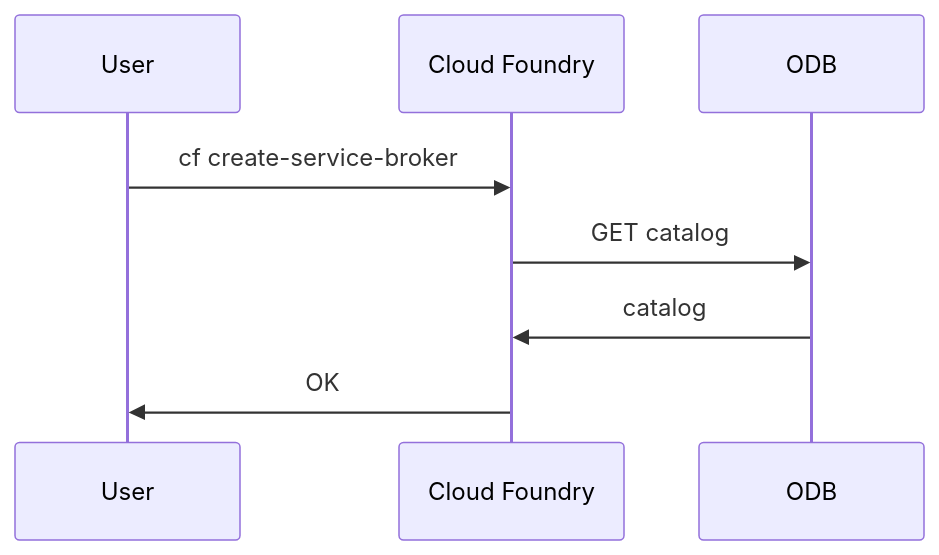
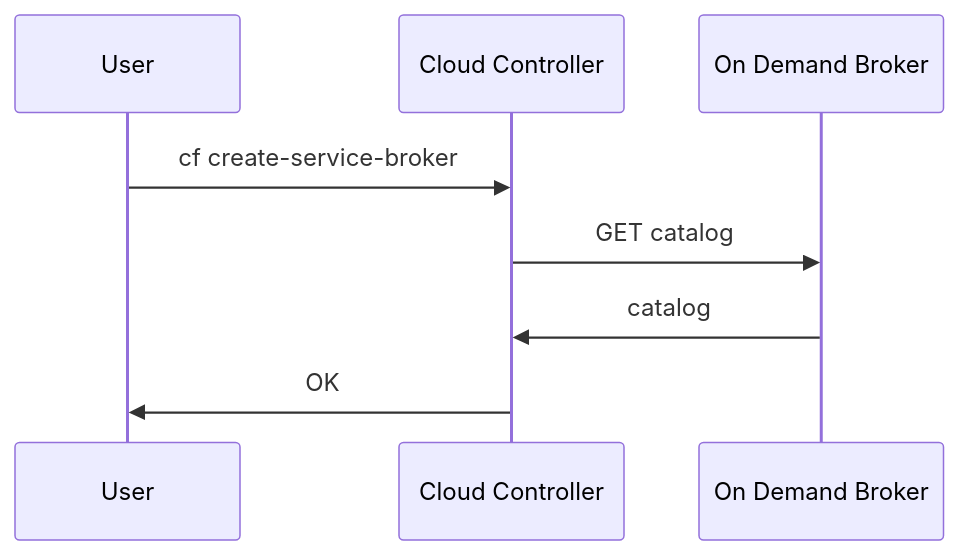
Before and after one commit to pivotal-cf/docs-on-demand-service-broker: the diagram in mmd/service_catalog_workflow.mmd, drawn with Mermaid. The commit also changed 10 other files, not shown here.

Commit message:
change  to  in sequence diagrams

```diff
--- a/mmd/service_catalog_workflow.mmd
+++ b/mmd/service_catalog_workflow.mmd
@@ -1,7 +1,7 @@
 <div class="mermaid">
 sequenceDiagram
-  User->>Cloud Foundry:cf create-service-broker
-  Cloud Foundry->>ODB:GET catalog
-  ODB->>Cloud Foundry:catalog
-  Cloud Foundry->>User:OK
+  User->>Cloud Controller:cf create-service-broker
+  Cloud Controller->>On Demand Broker:GET catalog
+  On Demand Broker->>Cloud Controller:catalog
+  Cloud Controller->>User:OK
 </div>
```
